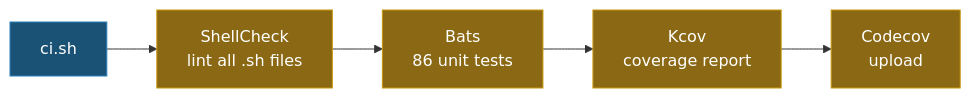
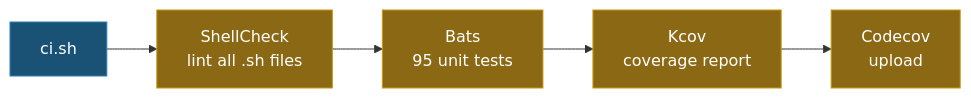
The second of 2 diagrams in docker_setup_helper/README.md (ycpss91255-docker/codex_cli), drawn with Mermaid before and after one commit. The commit also changed other lines of this file and 16 other files, not shown here.

````diff
--- a/docker_setup_helper/README.md
+++ b/docker_setup_helper/README.md
@@ -368,10 +376,10 @@
 ```mermaid
 graph LR
     S["ci.sh"]:::entry --> SC["ShellCheck\nlint all .sh files"]:::step
-    SC --> BT["Bats\n86 unit tests"]:::step
+    SC --> BT["Bats\n95 unit tests"]:::step
     BT --> KC["Kcov\ncoverage report"]:::step
     KC --> CC["Codecov\nupload"]:::step
 
     classDef entry fill:#1a5276,color:#fff,stroke:#2980b9
     classDef step fill:#8B6914,color:#fff,stroke:#c8960c
 ```
````
